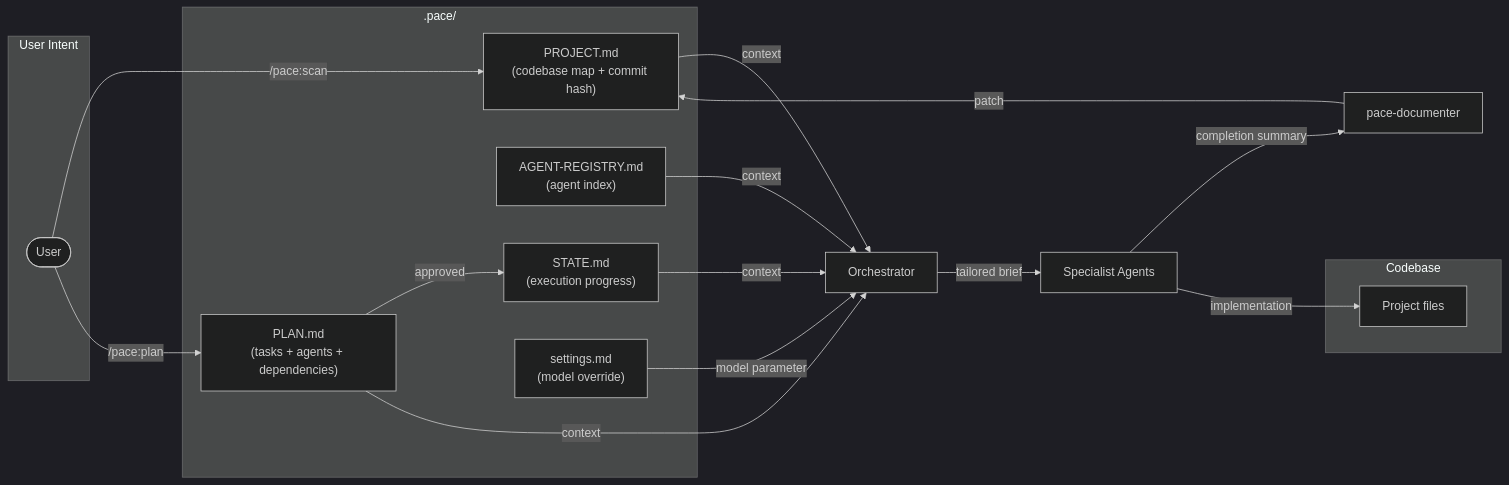
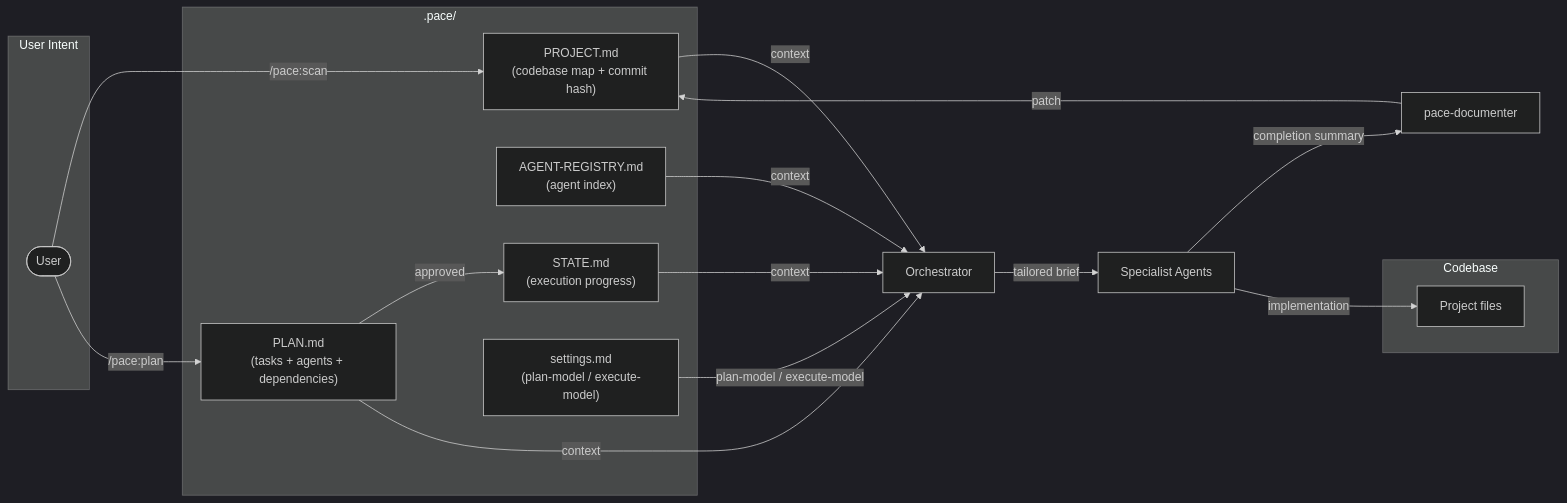
One commit to jwprichard/pace changed the fourth of 5 diagrams in docs/architecture.md. Above: the diagram before and after it, drawn with Mermaid (dark theme). The commit also changed other lines of this file and 13 other files, not shown here.

First line of the commit message:
Split model override into plan-model and execute-model, add /pace:settings command

````diff
--- a/docs/architecture.md
+++ b/docs/architecture.md
@@ -85,28 +85,28 @@
 ```mermaid
 flowchart LR
     subgraph inputs["User Intent"]
         user(["User"])
     end
 
     subgraph runtime[".pace/"]
         project["PROJECT.md\n(codebase map + commit hash)"]
         registry["AGENT-REGISTRY.md\n(agent index)"]
         plan["PLAN.md\n(tasks + agents + dependencies)"]
         state["STATE.md\n(execution progress)"]
-        settings["settings.md\n(model override)"]
+        settings["settings.md\n(plan-model / execute-model)"]
     end
 
     subgraph outputs["Codebase"]
         code["Project files"]
     end
 
     user -->|"/pace:scan"| project
     user -->|"/pace:plan"| plan
     plan -->|approved| state
     project & registry & plan & state -->|context| orchestrator["Orchestrator"]
-    settings -->|model parameter| orchestrator
+    settings -->|plan-model / execute-model| orchestrator
     orchestrator -->|tailored brief| specialists["Specialist Agents"]
     specialists -->|completion summary| documenter["pace-documenter"]
     specialists -->|implementation| code
     documenter -->|patch| project
 ```
````
